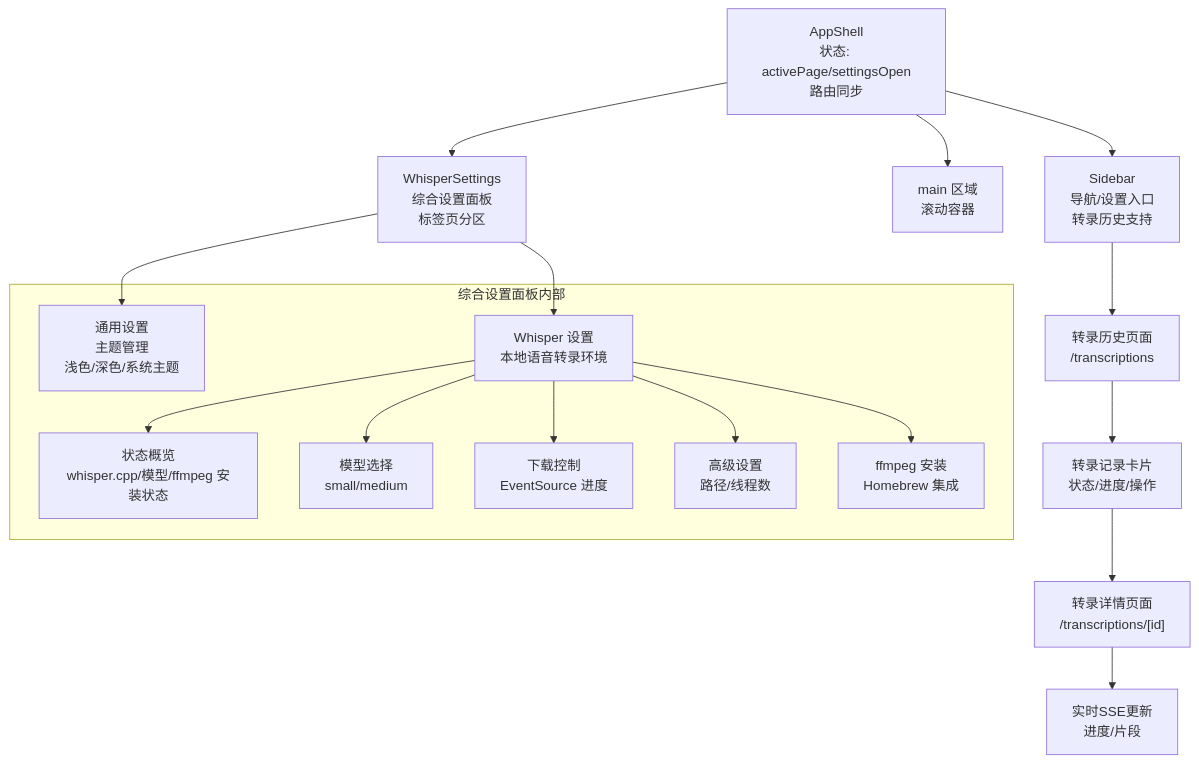
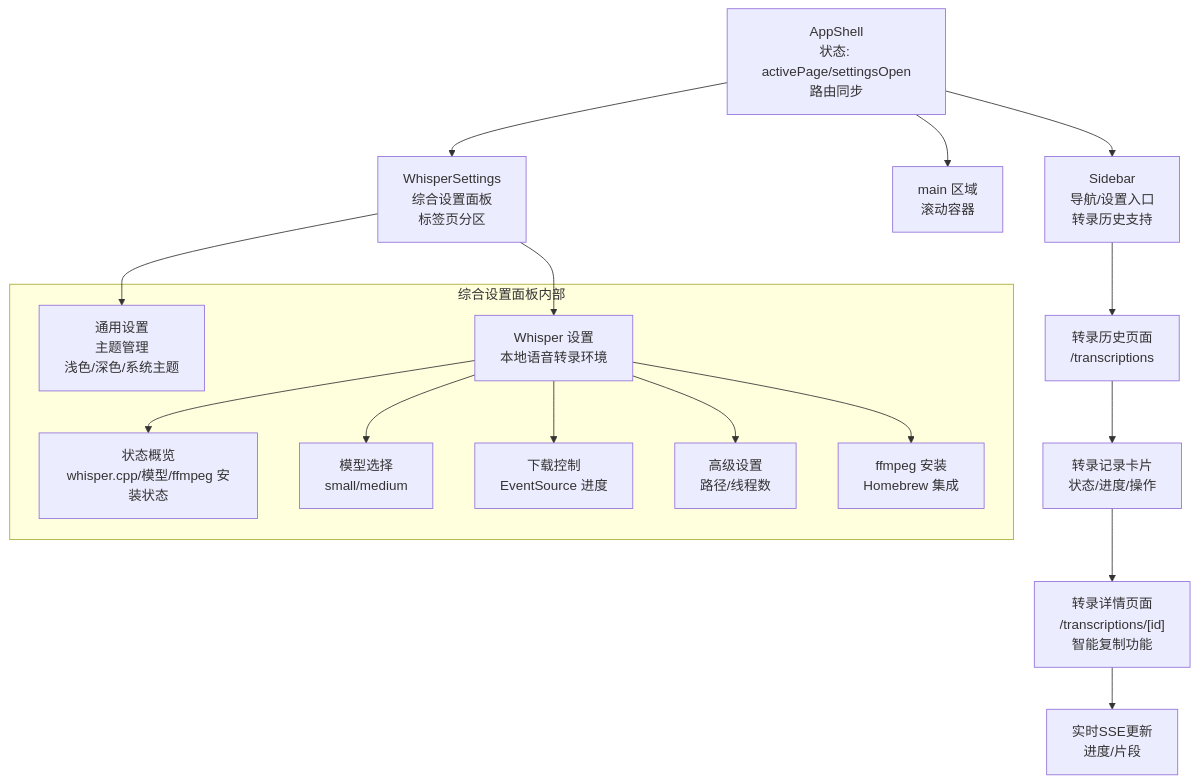
The second of 17 diagrams in .qoder/repowiki/zh/content/UI 组件系统/UI 组件系统.md (clawbotai/memo-flow), drawn with Mermaid before and after one commit. The commit also changed other lines of this file and 5 other files, not shown here.

````diff
--- a/.qoder/repowiki/zh/content/UI 组件系统/UI 组件系统.md
+++ b/.qoder/repowiki/zh/content/UI 组件系统/UI 组件系统.md
@@ -287,26 +289,26 @@
 ```mermaid
 graph TB
 AppShell["AppShell<br/>状态: activePage/settingsOpen<br/>路由同步"] --> Sidebar["Sidebar<br/>导航/设置入口<br/>转录历史支持"]
 AppShell --> Main["main 区域<br/>滚动容器"]
 AppShell --> Whisper["WhisperSettings<br/>综合设置面板<br/>标签页分区"]
 Sidebar --> Transcriptions["转录历史页面<br/>/transcriptions"]
 Transcriptions --> TranscriptionCard["转录记录卡片<br/>状态/进度/操作"]
-TranscriptionCard --> TranscriptionDetail["转录详情页面<br/>/transcriptions/[id]"]
+TranscriptionCard --> TranscriptionDetail["转录详情页面<br/>/transcriptions/[id]<br/>智能复制功能"]
 TranscriptionDetail --> LiveUpdates["实时SSE更新<br/>进度/片段"]
 subgraph "综合设置面板内部"
 General["通用设置<br/>主题管理<br/>浅色/深色/系统主题"]
 WhisperPanel["Whisper 设置<br/>本地语音转录环境"]
 Status["状态概览<br/>whisper.cpp/模型/ffmpeg 安装状态"]
 ModelSel["模型选择<br/>small/medium"]
 DL["下载控制<br/>EventSource 进度"]
 Adv["高级设置<br/>路径/线程数"]
 FFmpeg["ffmpeg 安装<br/>Homebrew 集成"]
 end
 Whisper --> General
 Whisper --> WhisperPanel
 WhisperPanel --> Status
 WhisperPanel --> ModelSel
 WhisperPanel --> DL
 WhisperPanel --> Adv
 WhisperPanel --> FFmpeg
 ```
````
